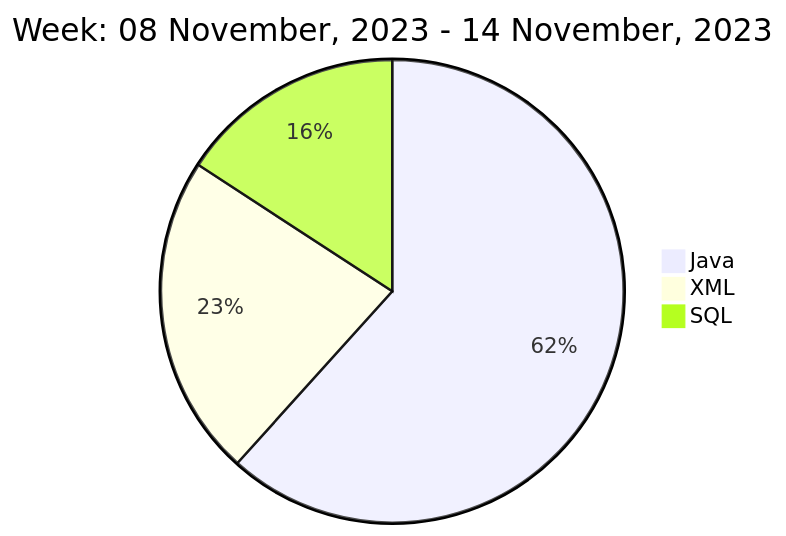
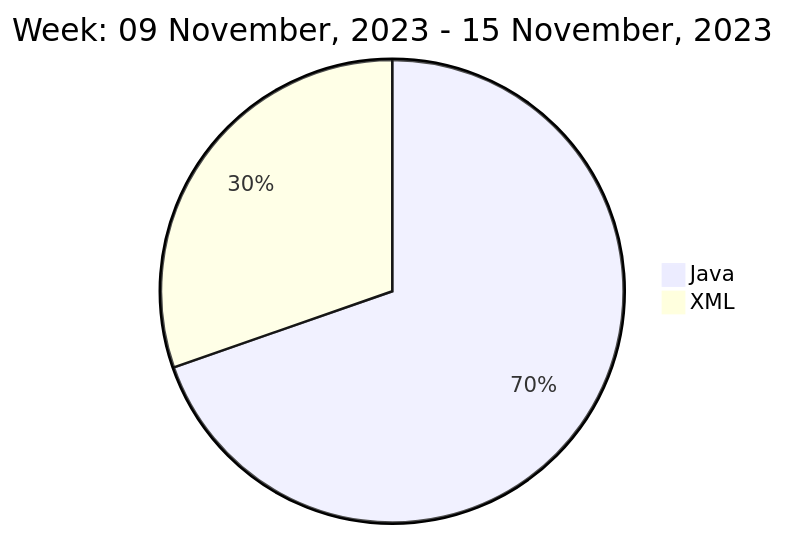
Before and after one commit to liubin95/liubin95: the diagram in README.md, drawn with Mermaid.

Commit message:
Updated the Graph with new Metrics

````diff
--- a/README.md
+++ b/README.md
@@ -37,7 +37,6 @@
 ```mermaid
  pie
-title Week: 08 November, 2023 - 14 November, 2023
- "Java" : 5.97
- "XML" : 2.18
- "SQL" : 1.53
+title Week: 09 November, 2023 - 15 November, 2023
+ "Java" : 3.72
+ "XML" : 1.62
 ```
````
